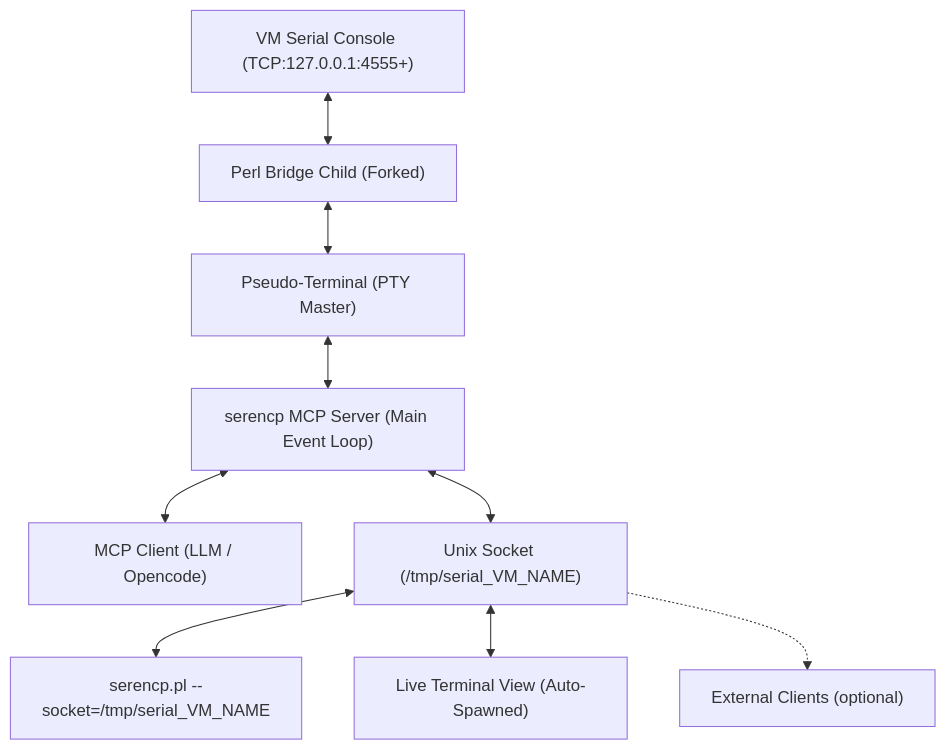
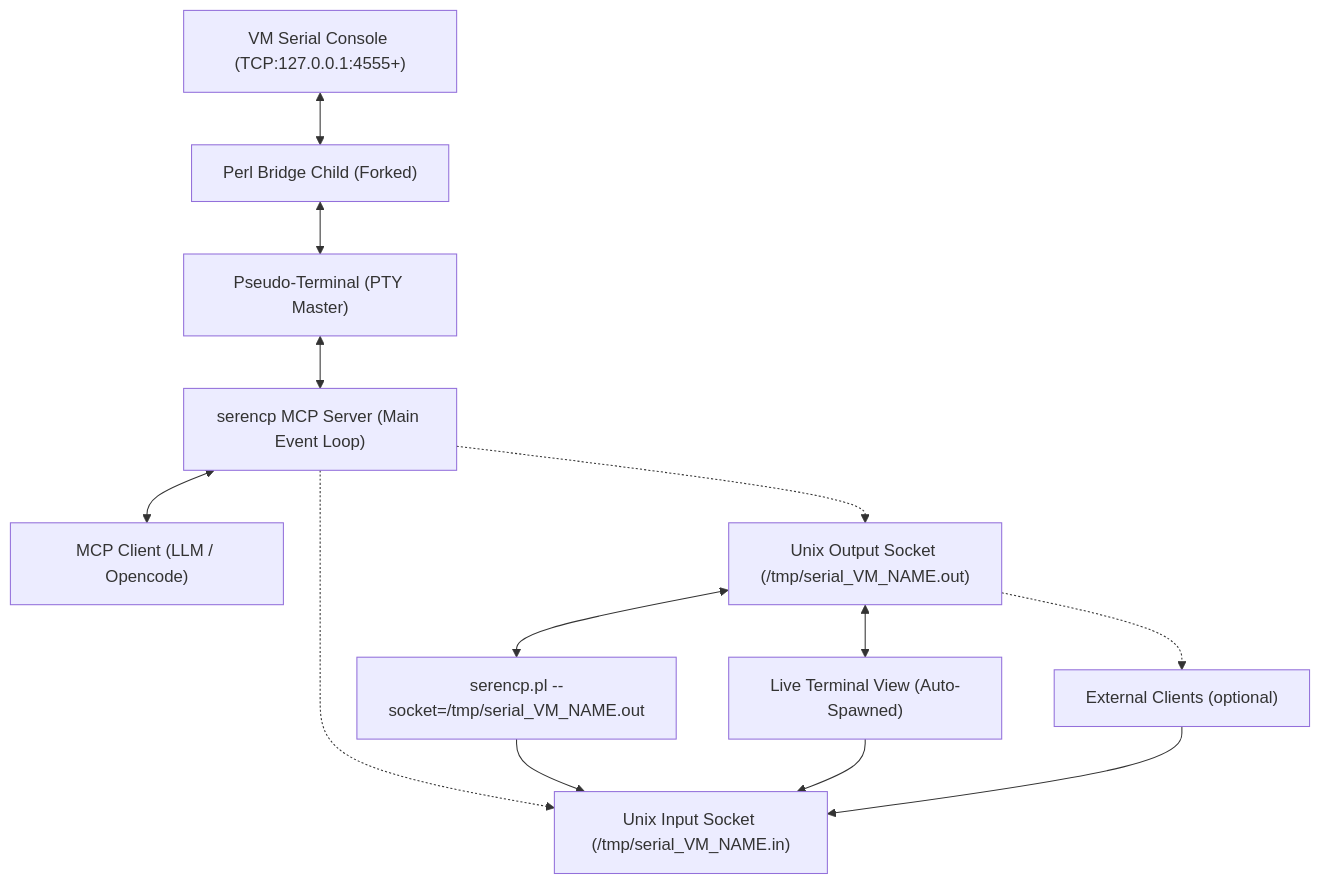
Before and after one commit to abda11ah/sercov: the first of 2 diagrams in README.md, drawn with Mermaid. The commit also changed other lines of this file and 1 other file, not shown here.

````diff
--- a/README.md
+++ b/README.md
@@ -233,21 +237,26 @@
 ```mermaid
 graph TD
     VM["VM Serial Console (TCP:127.0.0.1:4555+)"]
     Bridge["Perl Bridge Child (Forked)"]
     PTY["Pseudo-Terminal (PTY Master)"]
     MCP["serencp MCP Server (Main Event Loop)"]
     Client["MCP Client (LLM / Opencode)"]
-    UnixSocket["Unix Socket (/tmp/serial_VM_NAME)"]
-    ScriptClient["serencp.pl --socket=/tmp/serial_VM_NAME"]
+    UnixIn["Unix Input Socket (/tmp/serial_VM_NAME.in)"]
+    UnixOut["Unix Output Socket (/tmp/serial_VM_NAME.out)"]
+    ScriptClient["serencp.pl --socket=/tmp/serial_VM_NAME.out"]
     ExtClients["External Clients (optional)"]
     LiveTerminal["Live Terminal View (Auto-Spawned)"]
 
     VM <--> Bridge
     Bridge <--> PTY
     PTY <--> MCP
     MCP <--> Client
-    MCP <--> UnixSocket
-    UnixSocket <--> ScriptClient
-    UnixSocket <--> LiveTerminal
-    UnixSocket -.-> ExtClients
+    MCP -.-> UnixIn
+    MCP -.-> UnixOut
+    UnixOut <--> ScriptClient
+    UnixOut <--> LiveTerminal
+    UnixOut -.-> ExtClients
+    ScriptClient --> UnixIn
+    LiveTerminal --> UnixIn
+    ExtClients --> UnixIn
 ```
````
